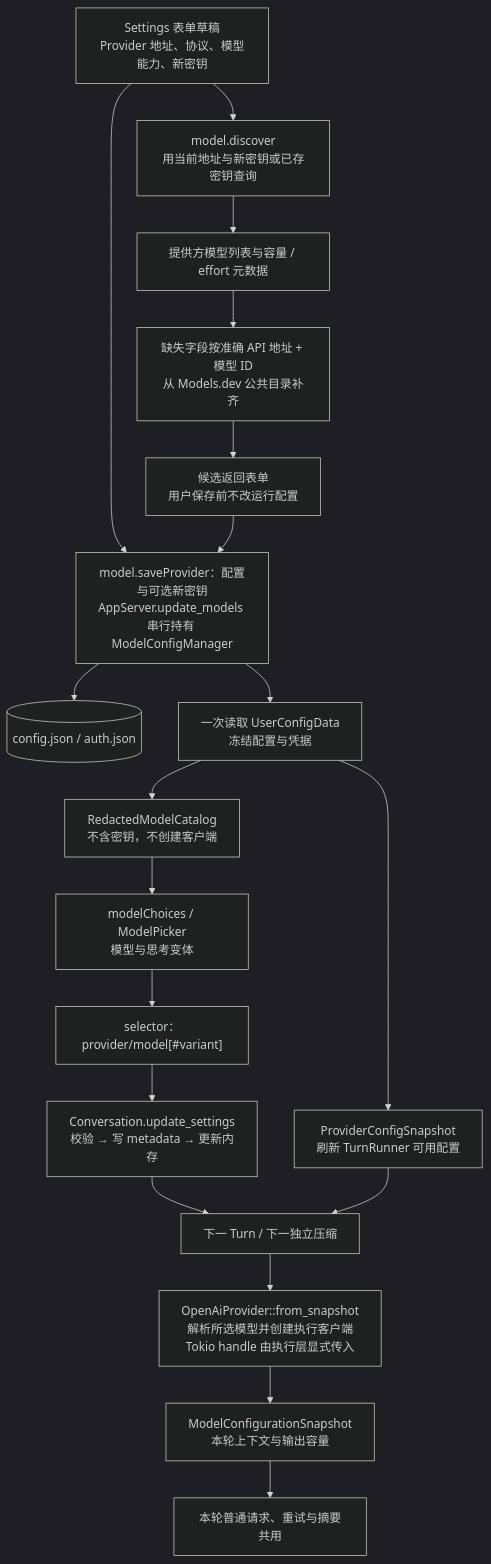
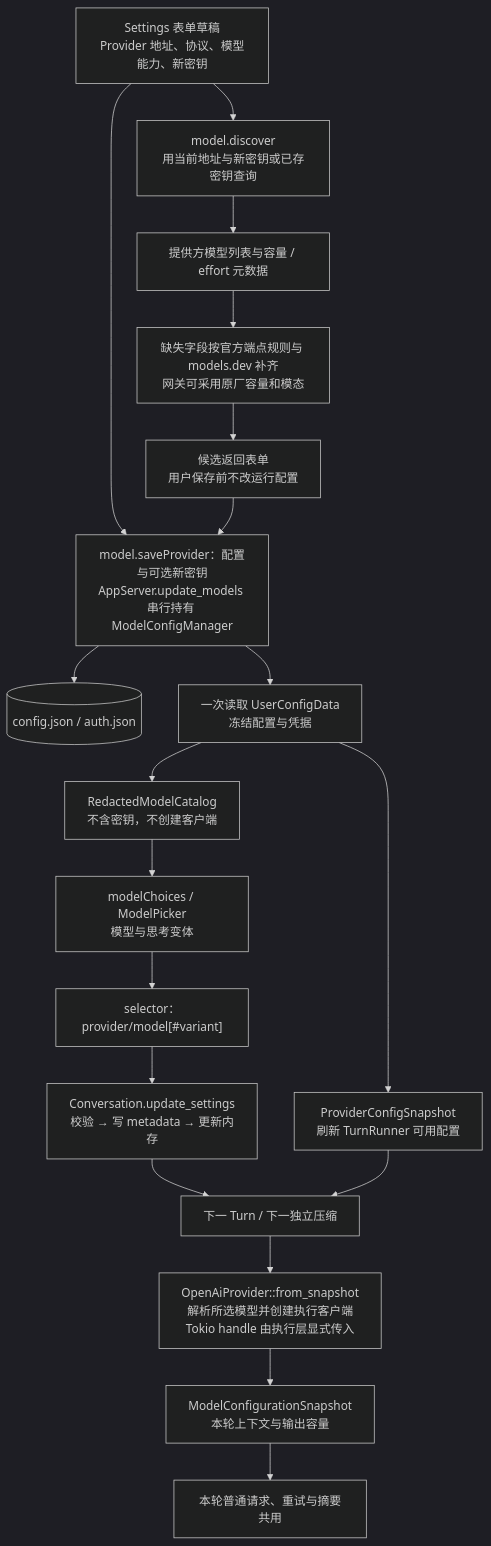
Before and after one commit to qjcnmd/singularity-agent: diagram 18 of 29 in docs/architecture.md, drawn with Mermaid (dark theme). The commit also changed other lines of this file and 193 other files, not shown here.

````diff
--- a/docs/architecture.md
+++ b/docs/architecture.md
@@ -498,21 +496,21 @@
 ```mermaid
 flowchart TB
     Form["Settings 表单草稿<br/>Provider 地址、协议、模型能力、新密钥"] --> Discover["model.discover<br/>用当前地址与新密钥或已存密钥查询"]
     Discover --> Remote["提供方模型列表与容量 / effort 元数据"]
-    Remote --> Missing["缺失字段按准确 API 地址 + 模型 ID<br/>从 Models.dev 公共目录补齐"]
+    Remote --> Missing["缺失字段按官方端点规则与 models.dev 补齐<br/>网关可采用原厂容量和模态"]
     Missing --> Candidates["候选返回表单<br/>用户保存前不改运行配置"]
     Form --> Save["model.saveProvider：配置与可选新密钥<br/>AppServer.update_models 串行持有 ModelConfigManager"]
     Candidates --> Save
     Save --> Disk[("config.json / auth.json")]
     Save --> Parsed["一次读取 UserConfigData<br/>冻结配置与凭据"]
     Parsed --> ProviderSnapshot["ProviderConfigSnapshot<br/>刷新 TurnRunner 可用配置"]
     Parsed --> Catalog["RedactedModelCatalog<br/>不含密钥，不创建客户端"]
     Catalog --> Picker["modelChoices / ModelPicker<br/>模型与思考变体"]
     Picker --> Selector["selector：provider/model[#variant]"]
     Selector --> Settings["Conversation.update_settings<br/>校验 → 写 metadata → 更新内存"]
     Settings --> Next["下一 Turn / 下一独立压缩"]
     ProviderSnapshot --> Next
     Next --> Factory["OpenAiProvider::from_snapshot<br/>解析所选模型并创建执行客户端<br/>Tokio handle 由执行层显式传入"]
     Factory --> Frozen["ModelConfigurationSnapshot<br/>本轮上下文与输出容量"]
     Frozen --> Requests["本轮普通请求、重试与摘要共用"]
 ```
````
